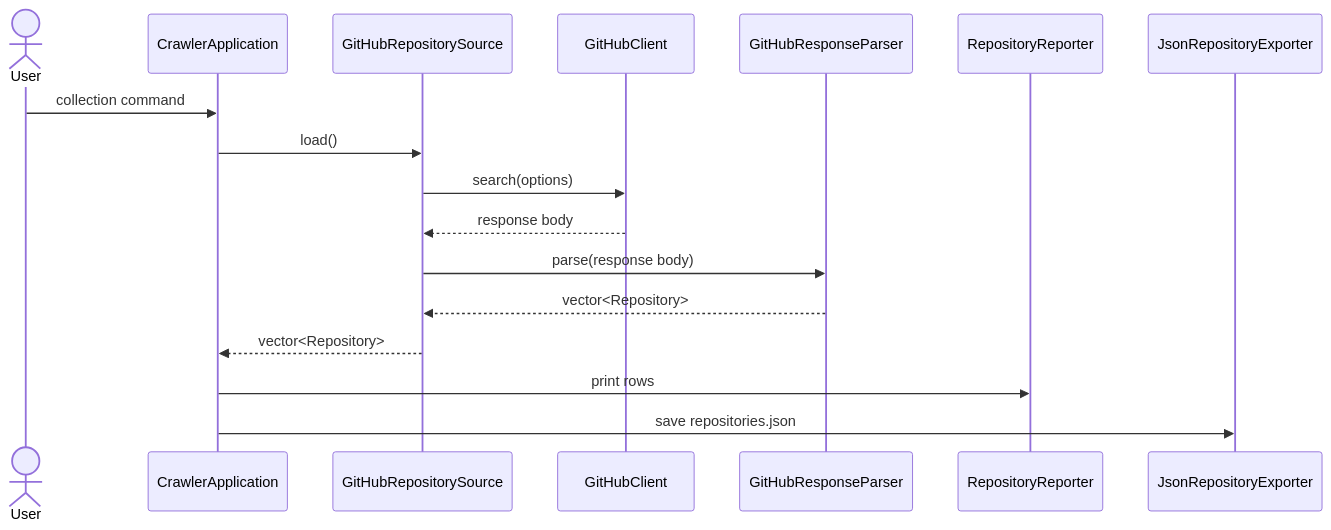
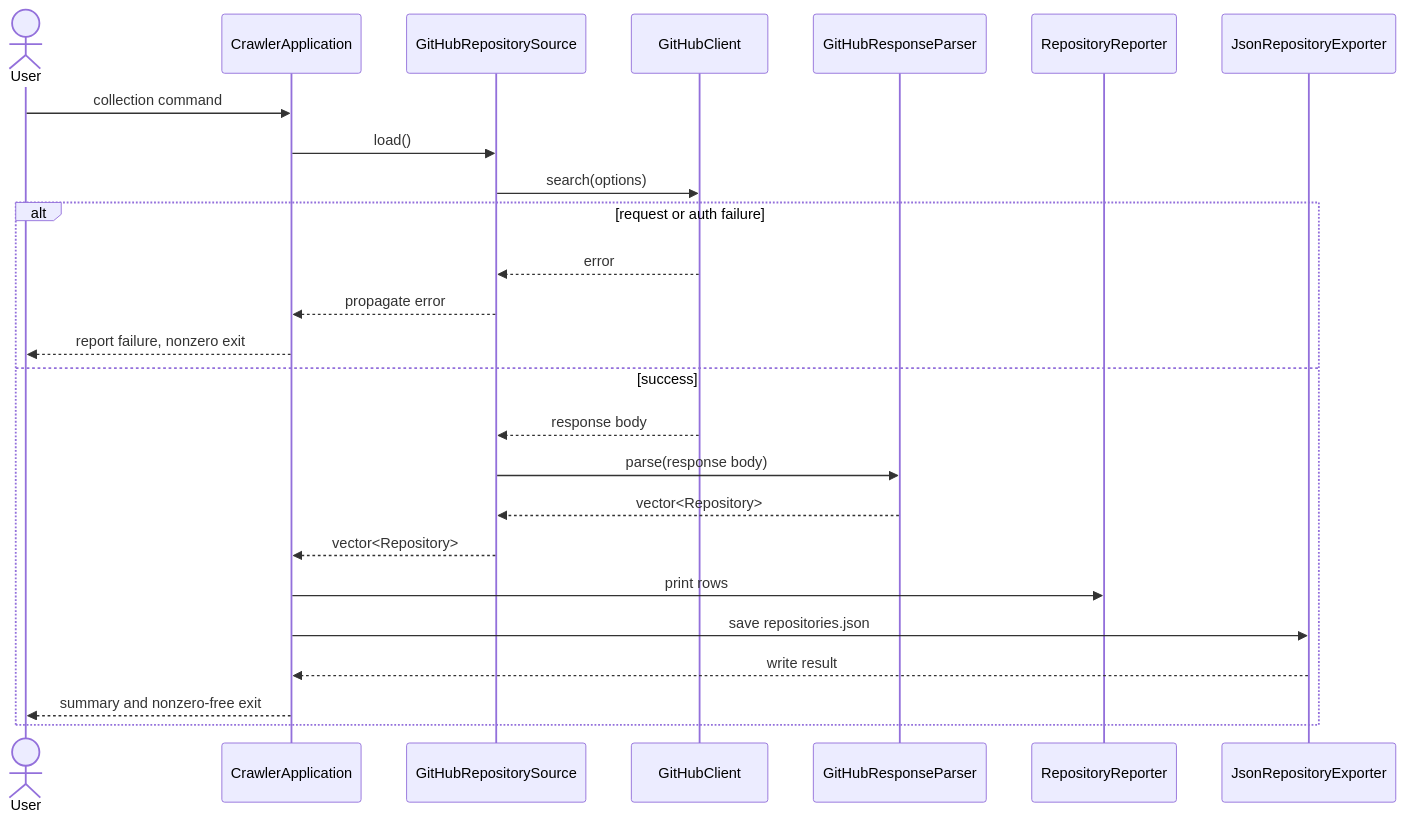
One commit to brockmcdermott/github-project-crawler changed the first of 3 diagrams in design.md. Above: the diagram before and after it, drawn with Mermaid. The commit also changed other lines of this file, not shown here.

````diff
--- a/design.md
+++ b/design.md
@@ -149,20 +150,28 @@
 ```mermaid
 sequenceDiagram
     actor User
     participant App as CrawlerApplication
     participant Source as GitHubRepositorySource
     participant Client as GitHubClient
     participant Parser as GitHubResponseParser
     participant Reporter as RepositoryReporter
     participant Exporter as JsonRepositoryExporter
 
     User->>App: collection command
     App->>Source: load()
     Source->>Client: search(options)
-    Client-->>Source: response body
-    Source->>Parser: parse(response body)
-    Parser-->>Source: vector<Repository>
-    Source-->>App: vector<Repository>
-    App->>Reporter: print rows
-    App->>Exporter: save repositories.json
+    alt request or auth failure
+        Client-->>Source: error
+        Source-->>App: propagate error
+        App-->>User: report failure, nonzero exit
+    else success
+        Client-->>Source: response body
+        Source->>Parser: parse(response body)
+        Parser-->>Source: vector<Repository>
+        Source-->>App: vector<Repository>
+        App->>Reporter: print rows
+        App->>Exporter: save repositories.json
+        Exporter-->>App: write result
+        App-->>User: summary and nonzero-free exit
+    end
 ```
````
